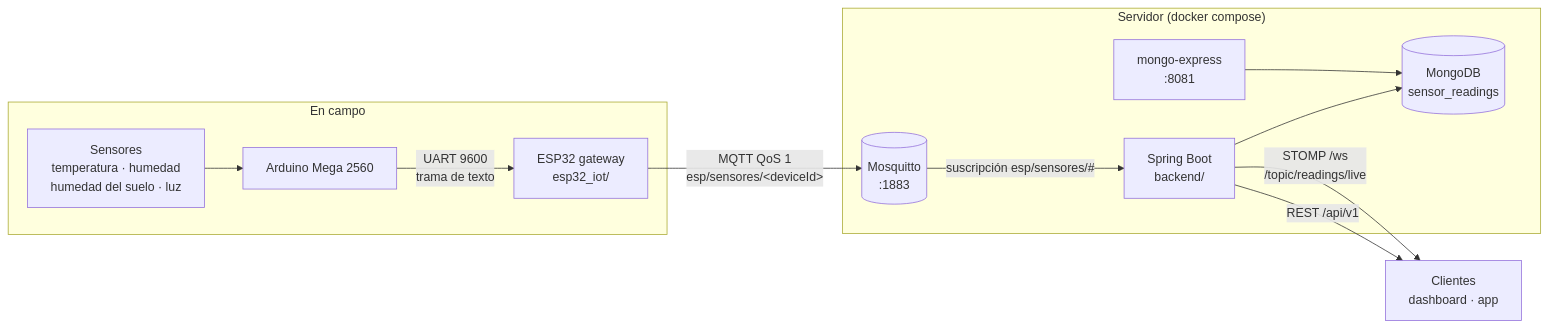
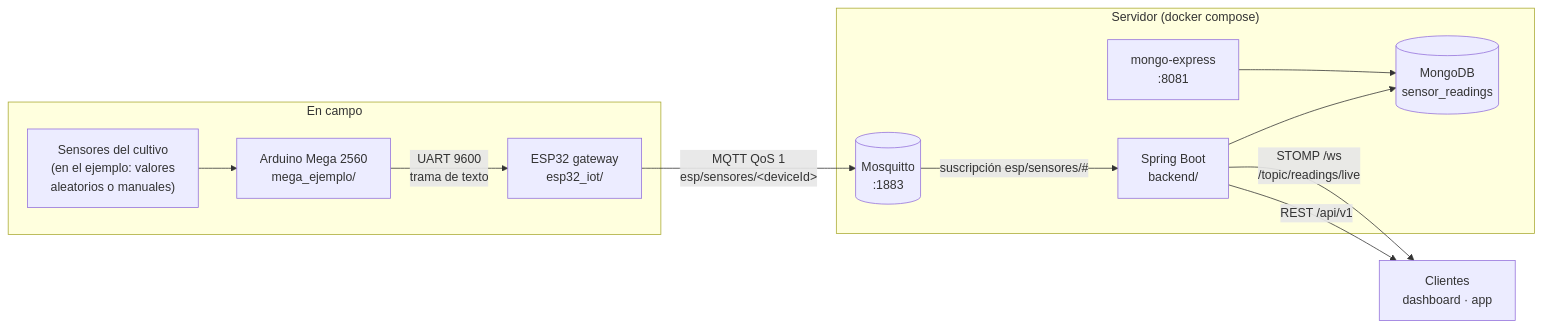
The first of 2 diagrams in README.md (Jostero32/Sistema-Riego-IoT), drawn with Mermaid before and after one commit. The commit also changed other lines of this file and 3 other files, not shown here.

First line of the commit message:
Programa de ejemplo para el Arduino Mega

````diff
--- a/README.md
+++ b/README.md
@@ -18,19 +21,19 @@
 ```mermaid
 flowchart LR
     subgraph CAMPO["En campo"]
-        S["Sensores<br/>temperatura · humedad<br/>humedad del suelo · luz"] --> M["Arduino Mega 2560"]
+        S["Sensores del cultivo<br/>(en el ejemplo: valores<br/>aleatorios o manuales)"] --> M["Arduino Mega 2560<br/>mega_ejemplo/"]
         M -->|"UART 9600<br/>trama de texto"| E["ESP32 gateway<br/>esp32_iot/"]
     end
     subgraph SERVIDOR["Servidor (docker compose)"]
         B[("Mosquitto<br/>:1883")]
         API["Spring Boot<br/>backend/"]
         DB[("MongoDB<br/>sensor_readings")]
         ME["mongo-express<br/>:8081"]
     end
     E -->|"MQTT QoS 1<br/>esp/sensores/&lt;deviceId&gt;"| B
     B -->|"suscripción esp/sensores/#"| API
     API --> DB
     ME --> DB
     API -->|"REST /api/v1"| C["Clientes<br/>dashboard · app"]
     API -->|"STOMP /ws<br/>/topic/readings/live"| C
 ```
````
